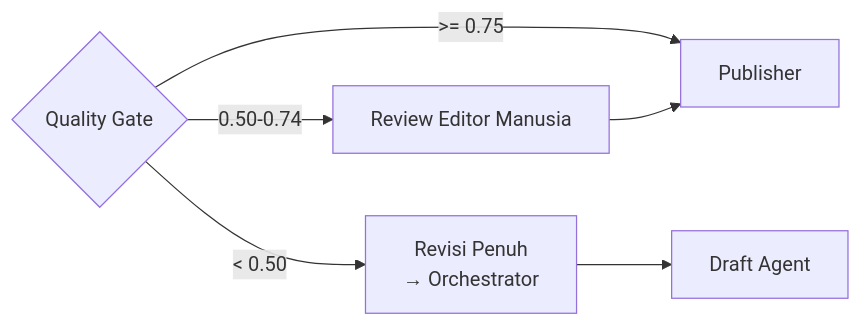
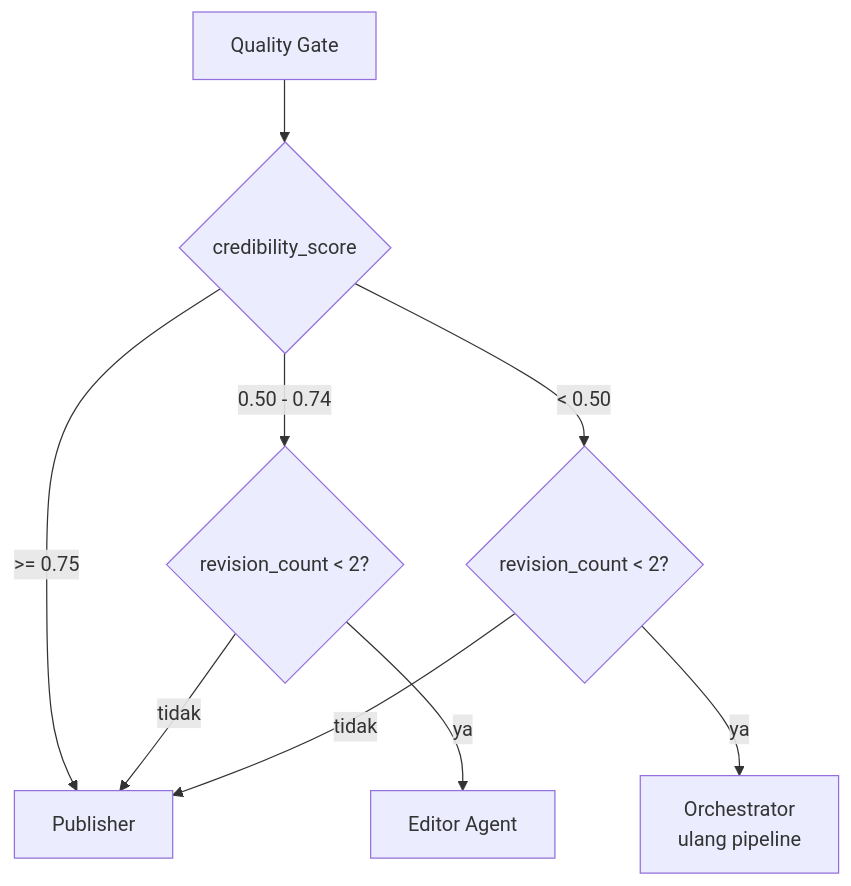
The third of 3 diagrams in docs/ARCHITECTURE.md (learn-debug/berita), drawn with Mermaid before and after one commit. The commit also changed other lines of this file and 2 other files, not shown here.

Commit message:
docs: update ARCHITECTURE, ADR-0002, AGENT_GUIDE for FallbackAdapter, max_tokens, revision_count, routing diagram

````diff
--- a/docs/ARCHITECTURE.md
+++ b/docs/ARCHITECTURE.md
@@ -234,8 +244,11 @@
 ```mermaid
-flowchart LR
-    QG{Quality Gate} -->|>= 0.75| Pub[Publisher]
-    QG -->|0.50-0.74| Review[Review Editor Manusia]
-    QG -->|< 0.50| FullRev[Revisi Penuh<br/>→ Orchestrator]
-    Review --> Pub
-    FullRev --> Draft[Draft Agent]
+flowchart TD
+    QG[Quality Gate] --> Score{credibility_score}
+    Score -->|">= 0.75"| Pub[Publisher]
+    Score -->|"0.50 - 0.74"| Review{revision_count < 2?}
+    Score -->|"< 0.50"| Full{revision_count < 2?}
+    Review -->|ya| Editor[Editor Agent]
+    Review -->|tidak| Pub
+    Full -->|ya| Orchestrator[Orchestrator<br/>ulang pipeline]
+    Full -->|tidak| Pub
 ```
````
